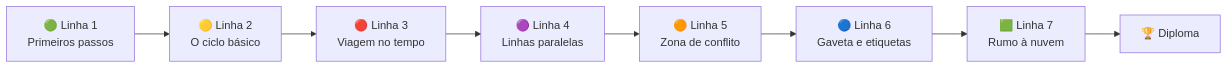
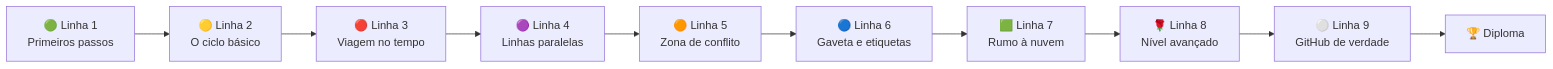
The diagram in README.md (bruno-a-dias/git-quest), drawn with Mermaid before and after one commit. The commit also changed other lines of this file and 54 other files, not shown here.

````diff
--- a/README.md
+++ b/README.md
@@ -75,10 +75,12 @@
 ```mermaid
 flowchart LR
     A["🟢 Linha 1<br/>Primeiros passos"] --> B["🟡 Linha 2<br/>O ciclo básico"]
     B --> C["🔴 Linha 3<br/>Viagem no tempo"]
     C --> D["🟣 Linha 4<br/>Linhas paralelas"]
     D --> E["🟠 Linha 5<br/>Zona de conflito"]
     E --> F["🔵 Linha 6<br/>Gaveta e etiquetas"]
     F --> G["🟩 Linha 7<br/>Rumo à nuvem"]
-    G --> H["🏆 Diploma"]
+    G --> I["🌹 Linha 8<br/>Nível avançado"]
+    I --> J["⚪ Linha 9<br/>GitHub de verdade"]
+    J --> H["🏆 Diploma"]
 ```
````
